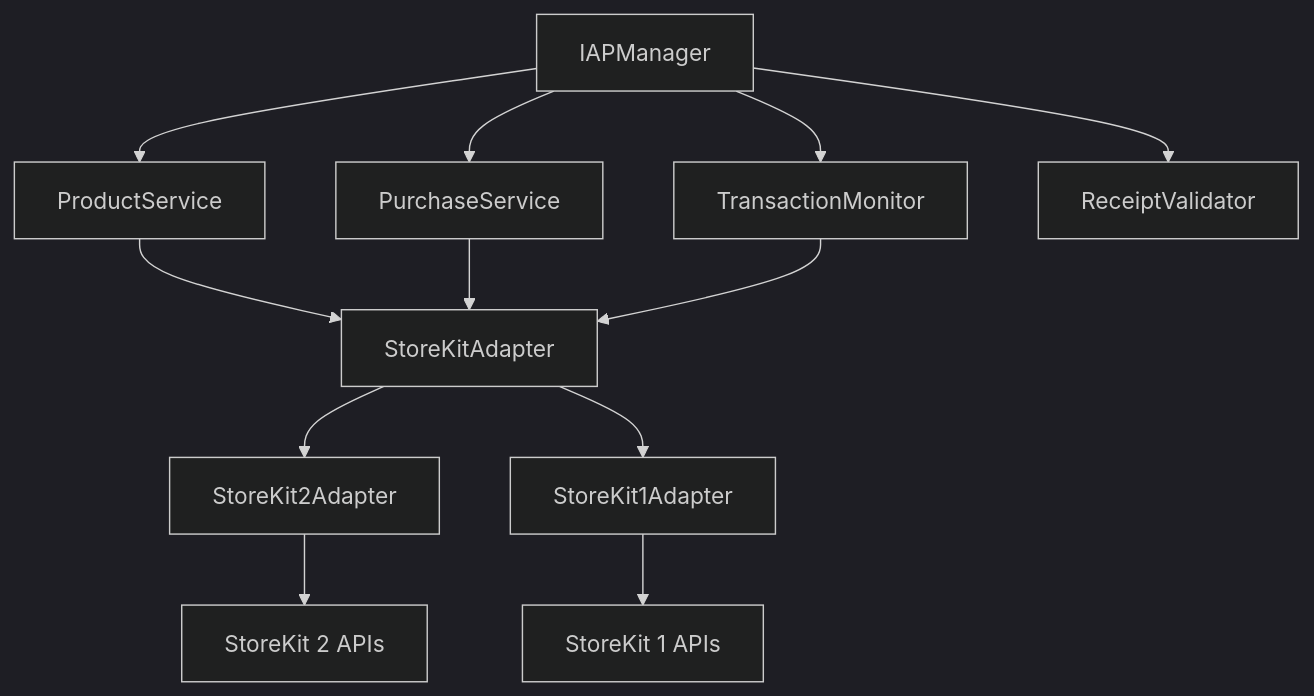
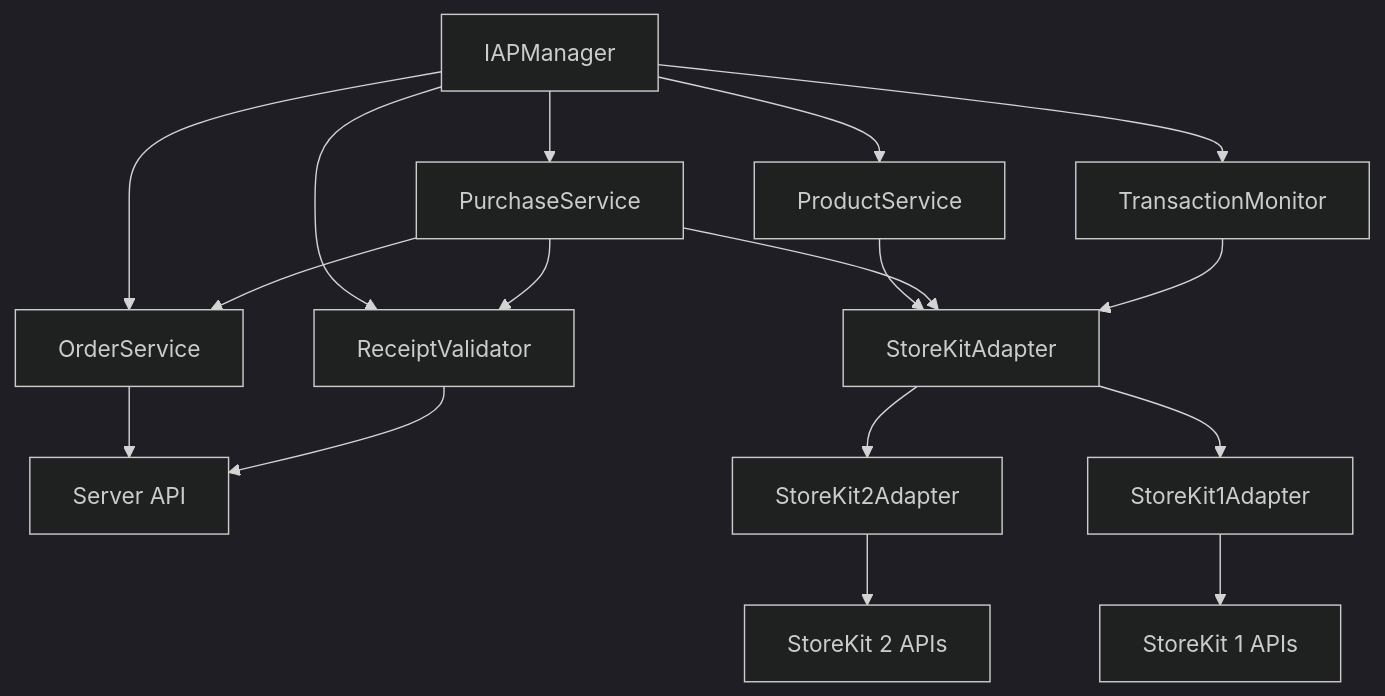
Before and after one commit to motafan/IAPKit: the diagram in .kiro/specs/swift-iap-framework/design.md, drawn with Mermaid (dark theme). The commit also changed other lines of this file and 35 other files, not shown here.

First line of the commit message:
Add server-side order management to IAP framework

````diff
--- a/.kiro/specs/swift-iap-framework/design.md
+++ b/.kiro/specs/swift-iap-framework/design.md
@@ -65,17 +76,23 @@
 ```mermaid
 graph TB
     A[IAPManager] --> B[ProductService]
     A --> C[PurchaseService]
     A --> D[TransactionMonitor]
     A --> E[ReceiptValidator]
+    A --> F[OrderService]
     
-    B --> F[StoreKitAdapter]
+    B --> G[StoreKitAdapter]
+    C --> G
     C --> F
-    D --> F
+    C --> E
+    D --> G
     
-    F --> G[StoreKit2Adapter]
-    F --> H[StoreKit1Adapter]
+    F --> H[Server API]
+    E --> H
     
-    G --> I[StoreKit 2 APIs]
-    H --> J[StoreKit 1 APIs]
+    G --> I[StoreKit2Adapter]
+    G --> J[StoreKit1Adapter]
+    
+    I --> K[StoreKit 2 APIs]
+    J --> L[StoreKit 1 APIs]
 ```
````
